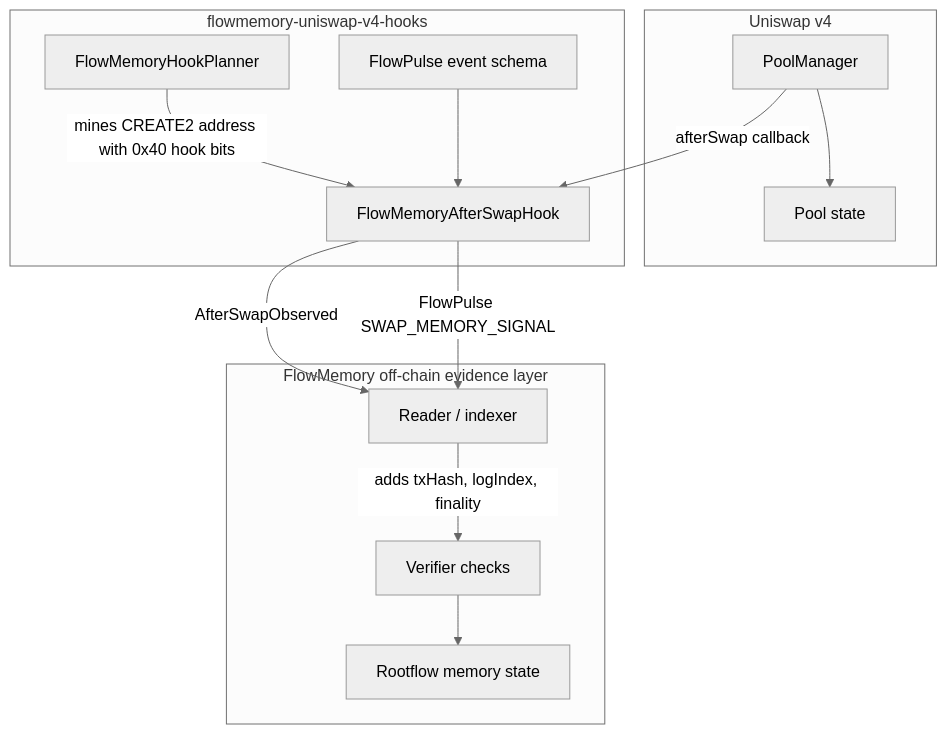
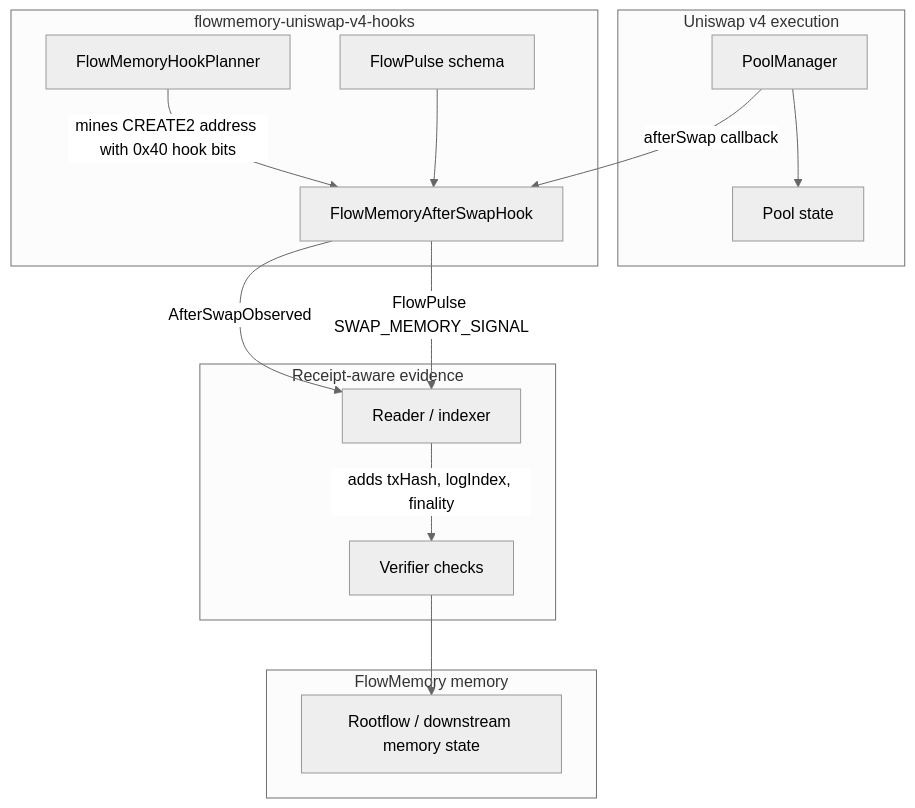
Before and after one commit to FlowmemoryAI/flowmemory-uniswap-v4-hooks: the second of 5 diagrams in docs/ARCHITECTURE.md, drawn with Mermaid (neutral theme). The commit also changed other lines of this file and 22 other files, not shown here.

````diff
--- a/docs/ARCHITECTURE.md
+++ b/docs/ARCHITECTURE.md
@@ -9,28 +59,31 @@
 ```mermaid
 flowchart TB
-    subgraph Uniswap["Uniswap v4"]
+    subgraph Uniswap["Uniswap v4 execution"]
         PoolManager["PoolManager"]
         Pool["Pool state"]
     end
 
     subgraph HookRepo["flowmemory-uniswap-v4-hooks"]
         Hook["FlowMemoryAfterSwapHook"]
         Planner["FlowMemoryHookPlanner"]
-        FlowPulse["FlowPulse event schema"]
+        FlowPulse["FlowPulse schema"]
     end
 
-    subgraph Offchain["FlowMemory off-chain evidence layer"]
+    subgraph EvidenceLayer["Receipt-aware evidence"]
         Reader["Reader / indexer"]
         Verifier["Verifier checks"]
-        Rootflow["Rootflow memory state"]
+    end
+
+    subgraph MemoryLayer["FlowMemory memory"]
+        Rootflow["Rootflow / downstream memory state"]
     end
 
     PoolManager --> Pool
     PoolManager -->|afterSwap callback| Hook
     Planner -->|mines CREATE2 address with 0x40 hook bits| Hook
     Hook -->|AfterSwapObserved| Reader
     Hook -->|FlowPulse SWAP_MEMORY_SIGNAL| Reader
     FlowPulse --> Hook
     Reader -->|adds txHash, logIndex, finality| Verifier
     Verifier --> Rootflow
 ```
````
